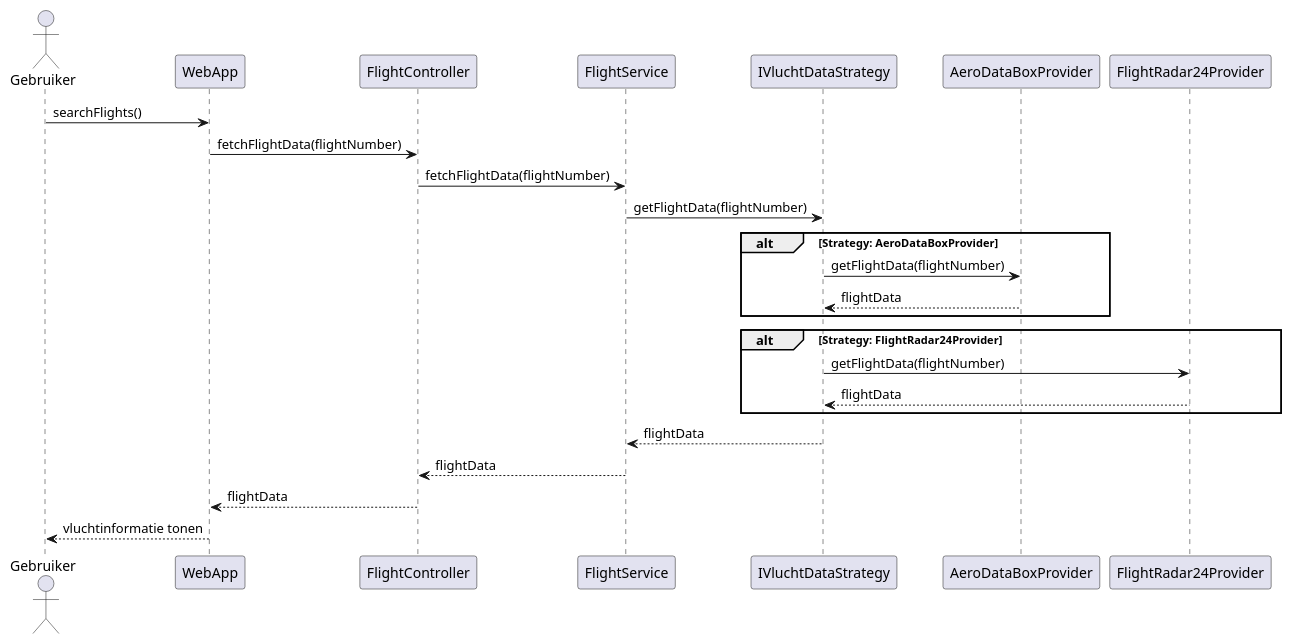
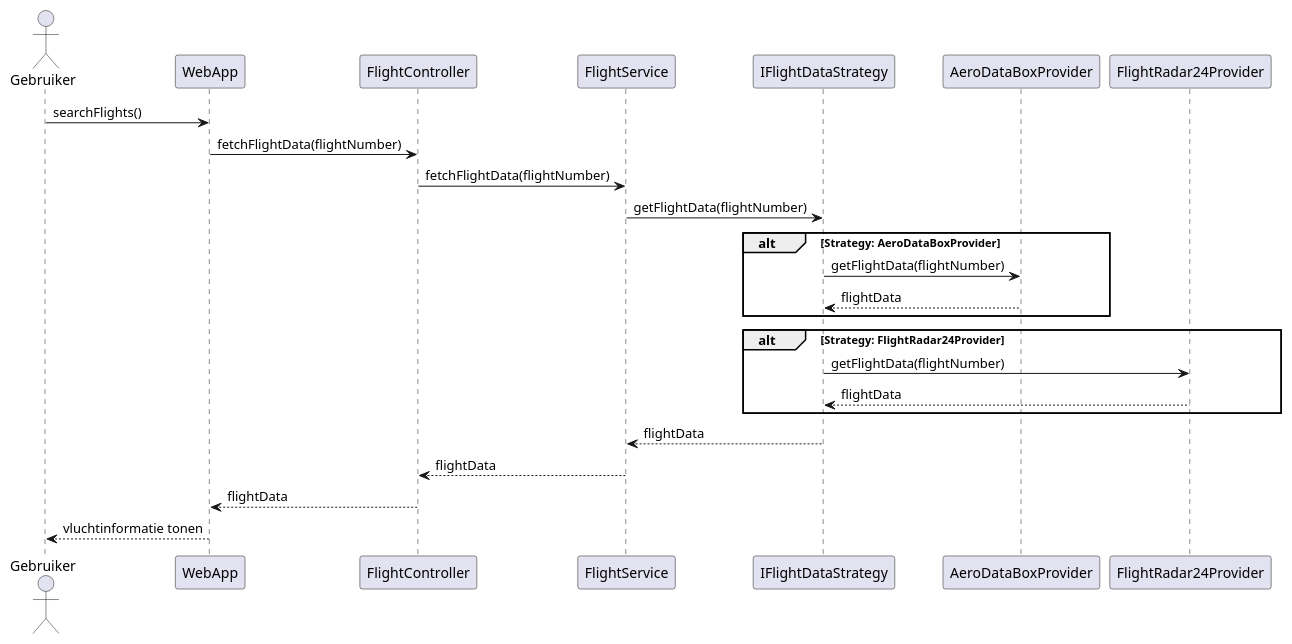
Before and after one commit to AIM-ENE-feb25/triptop-groep-b2: the diagram in diagrammen/sequenceDiagramSearchFlights.puml, drawn with PlantUML. The commit also changed 2 other files, not shown here.

Commit message:
updated naming diagram

```diff
--- a/diagrammen/sequenceDiagramSearchFlights.puml
+++ b/diagrammen/sequenceDiagramSearchFlights.puml
@@ -1,31 +1,31 @@
 @startuml
 'https://plantuml.com/sequence-diagram
 
 actor Gebruiker
 participant WebApp
 participant FlightController
 participant FlightService
-participant IVluchtDataStrategy
+participant IFlightDataStrategy
 participant AeroDataBoxProvider
 participant FlightRadar24Provider
 
 Gebruiker -> WebApp : searchFlights()
 WebApp -> FlightController : fetchFlightData(flightNumber)
 FlightController -> FlightService : fetchFlightData(flightNumber)
-FlightService -> IVluchtDataStrategy : getFlightData(flightNumber)
+FlightService -> IFlightDataStrategy : getFlightData(flightNumber)
 
 alt Strategy: AeroDataBoxProvider
-    IVluchtDataStrategy -> AeroDataBoxProvider : getFlightData(flightNumber)
-    AeroDataBoxProvider --> IVluchtDataStrategy : flightData
+    IFlightDataStrategy -> AeroDataBoxProvider : getFlightData(flightNumber)
+    AeroDataBoxProvider --> IFlightDataStrategy : flightData
 end
 
 alt Strategy: FlightRadar24Provider
-    IVluchtDataStrategy -> FlightRadar24Provider : getFlightData(flightNumber)
-    FlightRadar24Provider --> IVluchtDataStrategy : flightData
+    IFlightDataStrategy -> FlightRadar24Provider : getFlightData(flightNumber)
+    FlightRadar24Provider --> IFlightDataStrategy : flightData
 end
 
-IVluchtDataStrategy --> FlightService : flightData
+IFlightDataStrategy --> FlightService : flightData
 FlightService --> FlightController : flightData
 FlightController --> WebApp : flightData
 WebApp --> Gebruiker : vluchtinformatie tonen
 @enduml
```
